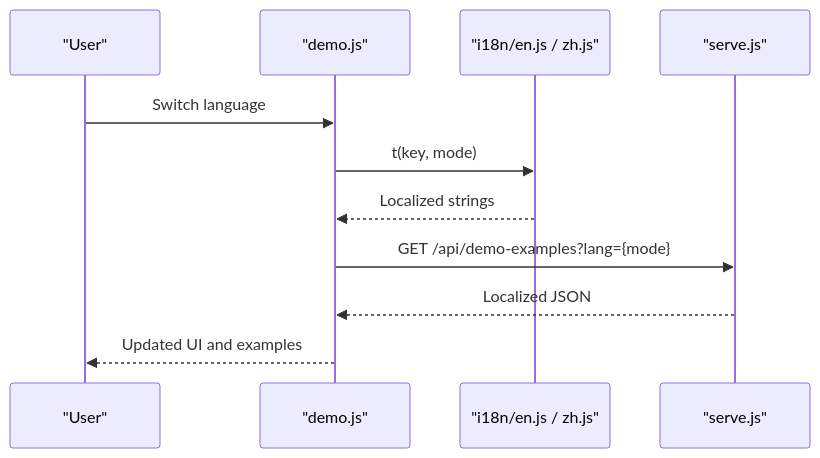
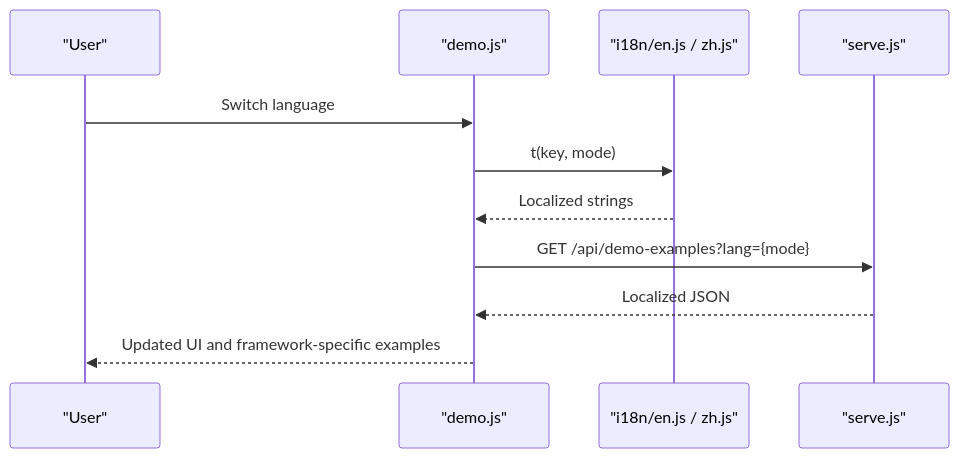
The sixth of 8 diagrams in .qoder/repowiki/en/content/Template System/Template System.md (pingwurth/code-to-uml), drawn with Mermaid before and after one commit. The commit also changed other lines of this file and 48 other files, not shown here.

````diff
--- a/.qoder/repowiki/en/content/Template System/Template System.md
+++ b/.qoder/repowiki/en/content/Template System/Template System.md
@@ -252,13 +339,13 @@
 ```mermaid
 sequenceDiagram
 participant User as "User"
 participant Demo as "demo.js"
 participant I18n as "i18n/en.js / zh.js"
 participant Server as "serve.js"
 User->>Demo : Switch language
 Demo->>I18n : t(key, mode)
 I18n-->>Demo : Localized strings
 Demo->>Server : GET /api/demo-examples?lang={mode}
 Server-->>Demo : Localized JSON
-Demo-->>User : Updated UI and examples
+Demo-->>User : Updated UI and framework-specific examples
 ```
````
